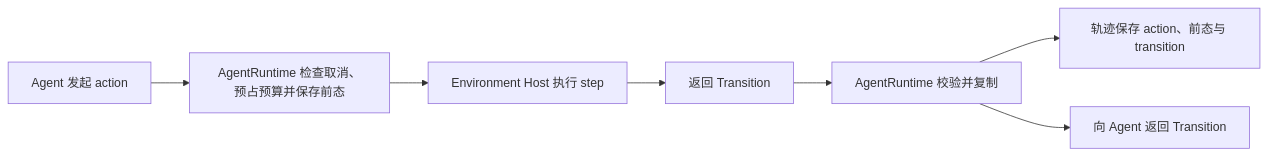
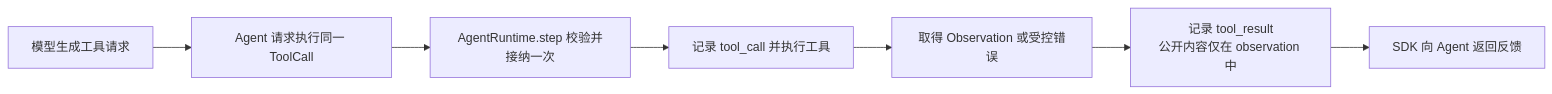
One commit to audreyyan1015/uenv_design changed diagram 16 of 18 in docs/uenv_design.md. Above: the diagram before and after it, drawn with Mermaid. The commit also changed other lines of this file and 174 other files, not shown here.

First line of the commit message:
Align design contracts, agent tool execution, and persistent runtime

````diff
--- a/docs/uenv_design.md
+++ b/docs/uenv_design.md
@@ -931,9 +967,9 @@
 ```mermaid
 flowchart LR
-  A["Agent 发起 action"] --> R["AgentRuntime 检查取消、预占预算并保存前态"]
-  R --> E["Environment Host 执行 step"]
-  E --> T["返回 Transition"]
-  T --> V["AgentRuntime 校验并复制"]
-  V --> L["轨迹保存 action、前态与 transition"]
-  V --> U["向 Agent 返回 Transition"]
+  G[模型生成工具请求] --> C[Agent 请求执行同一 ToolCall]
+  C --> S[AgentRuntime.step 校验并接纳一次]
+  S --> E[记录 tool_call 并执行工具]
+  E --> O[取得 Observation 或受控错误]
+  O --> R[记录 tool_result<br/>公开内容仅在 observation 中]
+  R --> A[SDK 向 Agent 返回反馈]
 ```
````
